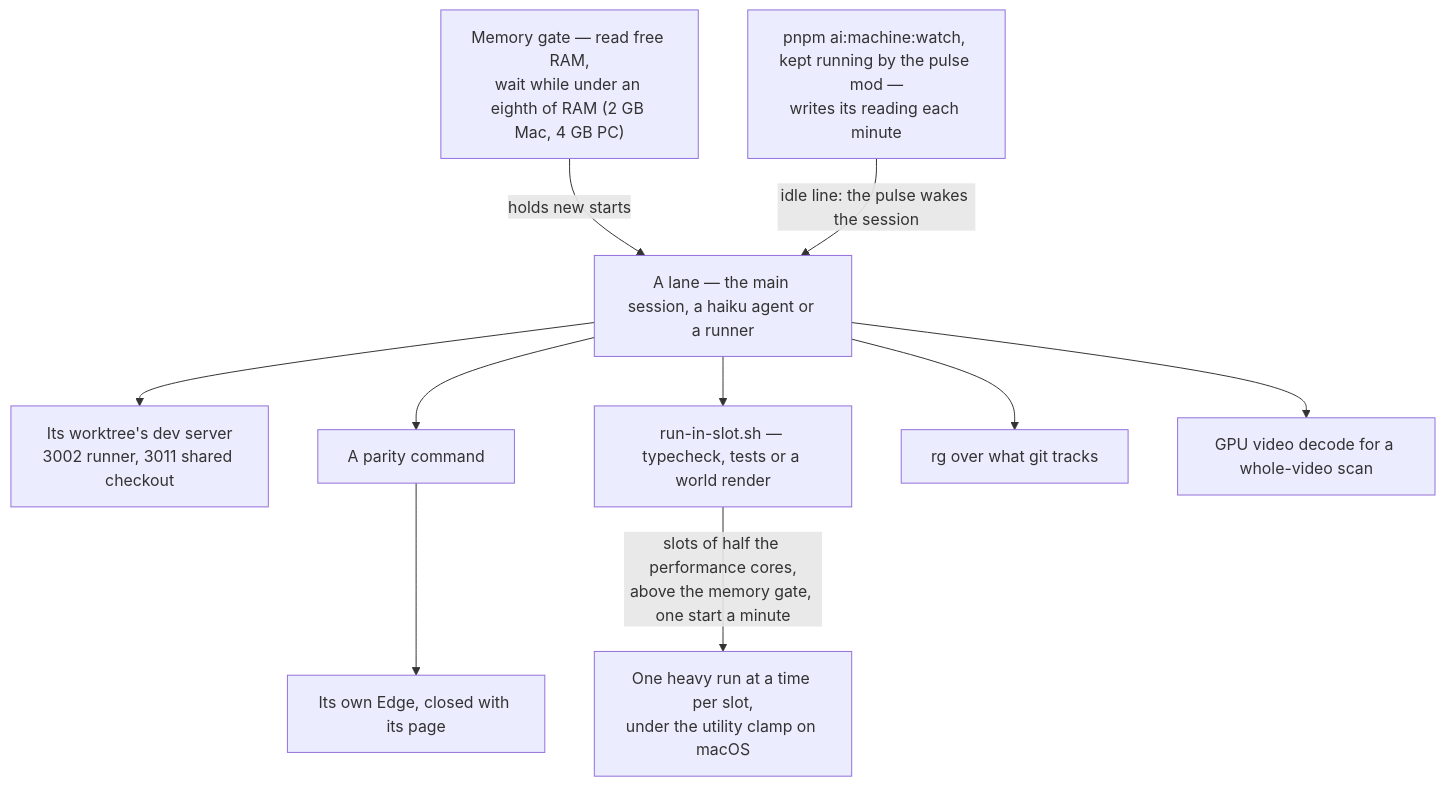
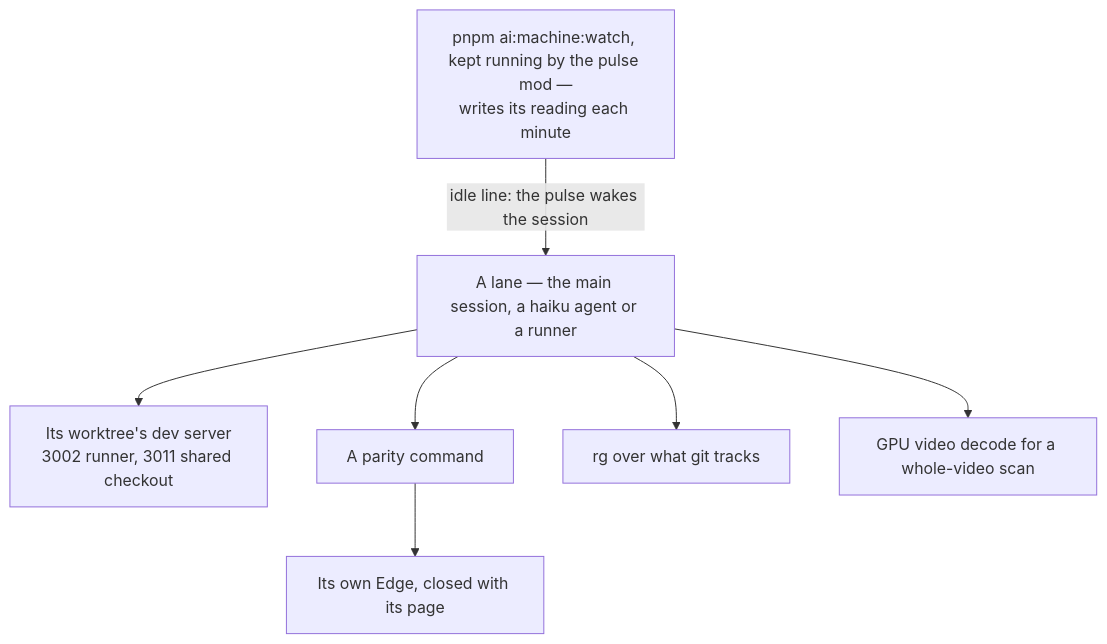
Before and after one commit to Esposter/Esposter: the diagram in apps/web/content/docs/architecture/machine-efficiency.md, drawn with Mermaid. The commit also changed other lines of this file and 16 other files, not shown here.

First line of the commit message:
refactor(scripts): the run-slot gate is deleted, and its callers run their commands directly

````diff
--- a/apps/web/content/docs/architecture/machine-efficiency.md
+++ b/apps/web/content/docs/architecture/machine-efficiency.md
@@ -20,12 +20,9 @@
 ```mermaid
 flowchart TD
-  G["Memory gate — read free RAM,<br/>wait while under an eighth of RAM (2 GB Mac, 4 GB PC)"] -->|"holds new starts"| L
   W["pnpm ai:machine:watch, kept running by the pulse mod —<br/>writes its reading each minute"] -->|"idle line: the pulse wakes the session"| L
   L["A lane — the main session, a haiku agent or a runner"] --> DS["Its worktree's dev server<br/>3002 runner, 3011 shared checkout"]
   L --> CMD["A parity command"]
   CMD --> EDGE["Its own Edge, closed with its page"]
-  L --> SLOT["run-in-slot.sh — typecheck, tests or a world render"]
-  SLOT -->|"slots of half the performance cores,<br/>above the memory gate, one start a minute"| RUN["One heavy run at a time per slot,<br/>under the utility clamp on macOS"]
   L --> SEARCH["rg over what git tracks"]
   L --> VIDEO["GPU video decode for a whole-video scan"]
 ```
````
